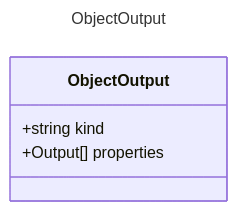
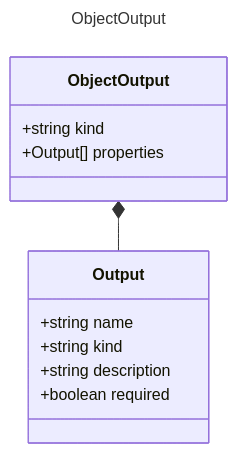
One commit to microsoft/prompty changed the diagram in specification/prompty/docs/ObjectOutput.md. Above: the diagram before and after it, drawn with Mermaid. The commit also changed 12 other files, not shown here.

Commit message:
renforced compositional types into diagrams

````diff
--- a/specification/prompty/docs/ObjectOutput.md
+++ b/specification/prompty/docs/ObjectOutput.md
@@ -8,10 +8,17 @@
 ```mermaid
 ---
 title: ObjectOutput
 ---
 classDiagram
     class ObjectOutput {
         +string kind
         +Output[] properties
     }
+    class Output {
+        +string name
+        +string kind
+        +string description
+        +boolean required
+    }
+    ObjectOutput *-- Output
 ```
````
